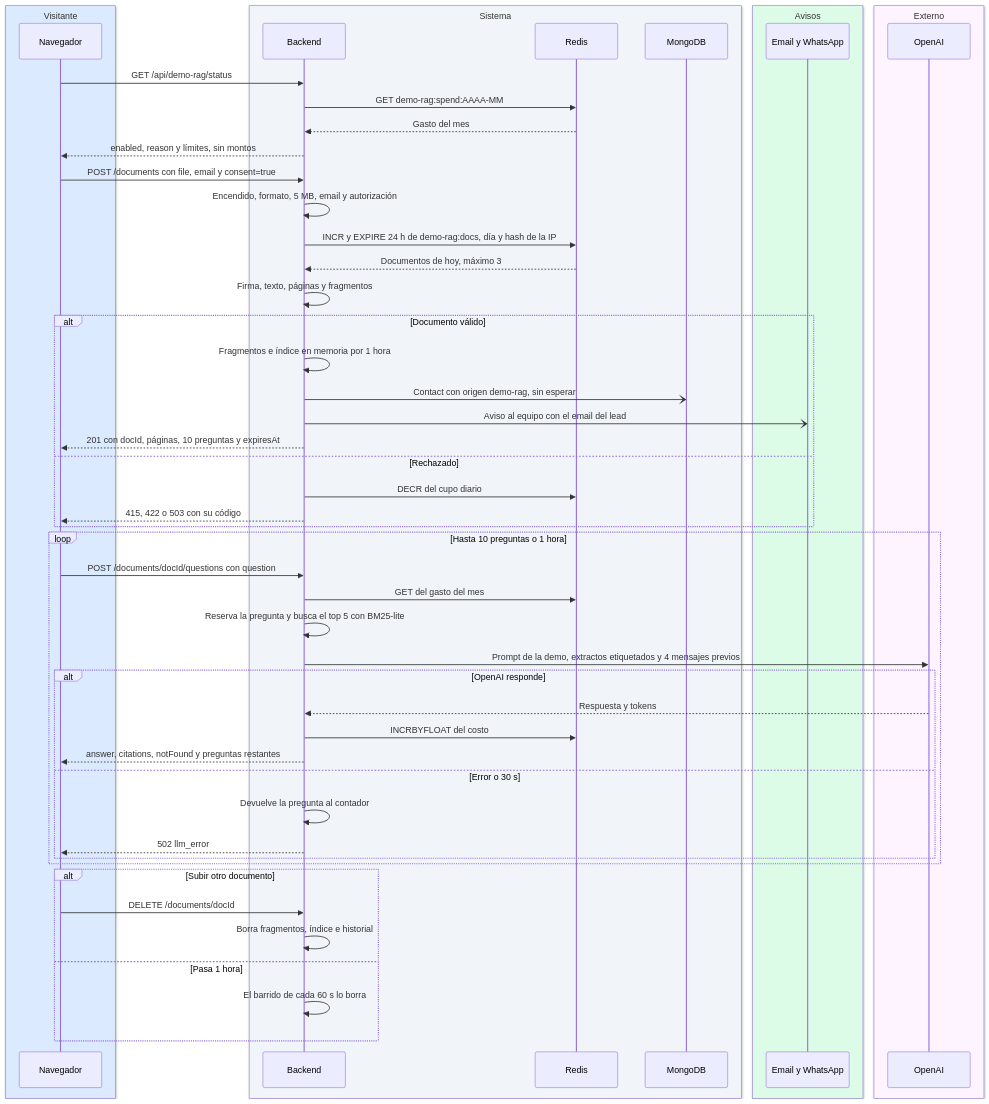
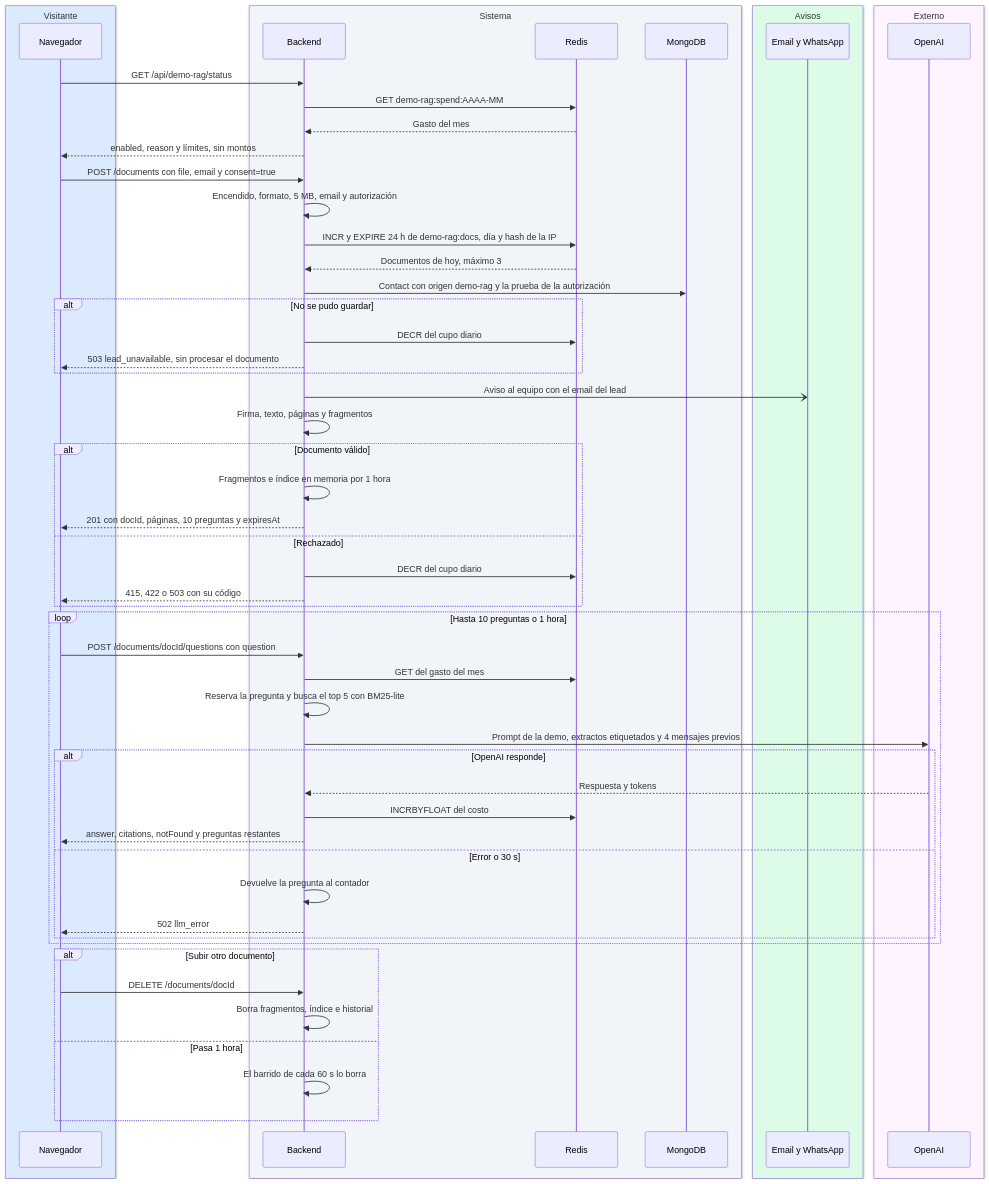
One commit to ronalc90/koptup changed diagram 13 of 24 in docs/wiki/Doc-14-3-Flujos-Tecnicos.md. Above: the diagram before and after it, drawn with Mermaid. The commit also changed other lines of this file and 90 other files, not shown here.

````diff
--- a/docs/wiki/Doc-14-3-Flujos-Tecnicos.md
+++ b/docs/wiki/Doc-14-3-Flujos-Tecnicos.md
@@ -796,55 +804,59 @@
 ```mermaid
 sequenceDiagram
     box rgb(219,234,254) Visitante
         participant N as Navegador
     end
     box rgb(241,245,249) Sistema
         participant B as Backend
         participant R as Redis
         participant M as MongoDB
     end
     box rgb(220,252,231) Avisos
         participant A as Email y WhatsApp
     end
     box rgb(253,244,255) Externo
         participant O as OpenAI
     end
     N->>B: GET /api/demo-rag/status
     B->>R: GET demo-rag:spend:AAAA-MM
     R-->>B: Gasto del mes
     B-->>N: enabled, reason y límites, sin montos
     N->>B: POST /documents con file, email y consent=true
     B->>B: Encendido, formato, 5 MB, email y autorización
     B->>R: INCR y EXPIRE 24 h de demo-rag:docs, día y hash de la IP
     R-->>B: Documentos de hoy, máximo 3
+    B->>M: Contact con origen demo-rag y la prueba de la autorización
+    alt No se pudo guardar
+        B->>R: DECR del cupo diario
+        B-->>N: 503 lead_unavailable, sin procesar el documento
+    end
+    B-)A: Aviso al equipo con el email del lead
     B->>B: Firma, texto, páginas y fragmentos
     alt Documento válido
         B->>B: Fragmentos e índice en memoria por 1 hora
-        B-)M: Contact con origen demo-rag, sin esperar
-        B-)A: Aviso al equipo con el email del lead
         B-->>N: 201 con docId, páginas, 10 preguntas y expiresAt
     else Rechazado
         B->>R: DECR del cupo diario
         B-->>N: 415, 422 o 503 con su código
     end
     loop Hasta 10 preguntas o 1 hora
         N->>B: POST /documents/docId/questions con question
         B->>R: GET del gasto del mes
         B->>B: Reserva la pregunta y busca el top 5 con BM25-lite
         B->>O: Prompt de la demo, extractos etiquetados y 4 mensajes previos
         alt OpenAI responde
             O-->>B: Respuesta y tokens
             B->>R: INCRBYFLOAT del costo
             B-->>N: answer, citations, notFound y preguntas restantes
         else Error o 30 s
             B->>B: Devuelve la pregunta al contador
             B-->>N: 502 llm_error
         end
     end
     alt Subir otro documento
         N->>B: DELETE /documents/docId
         B->>B: Borra fragmentos, índice e historial
     else Pasa 1 hora
         B->>B: El barrido de cada 60 s lo borra
     end
 ```
````
